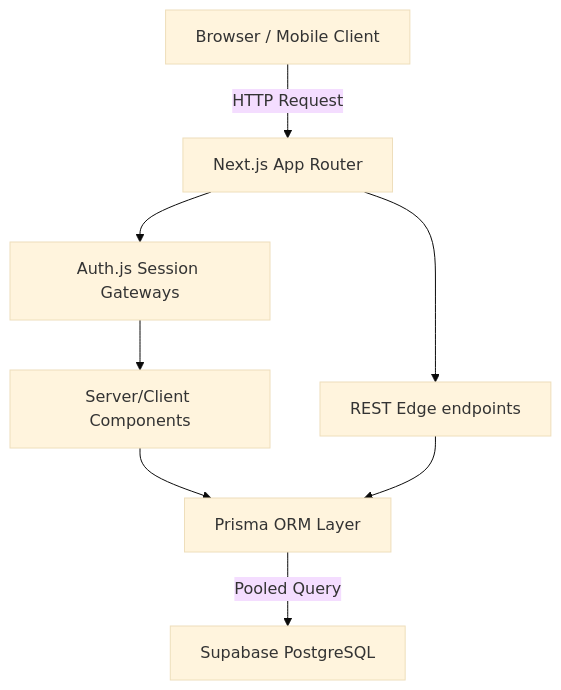
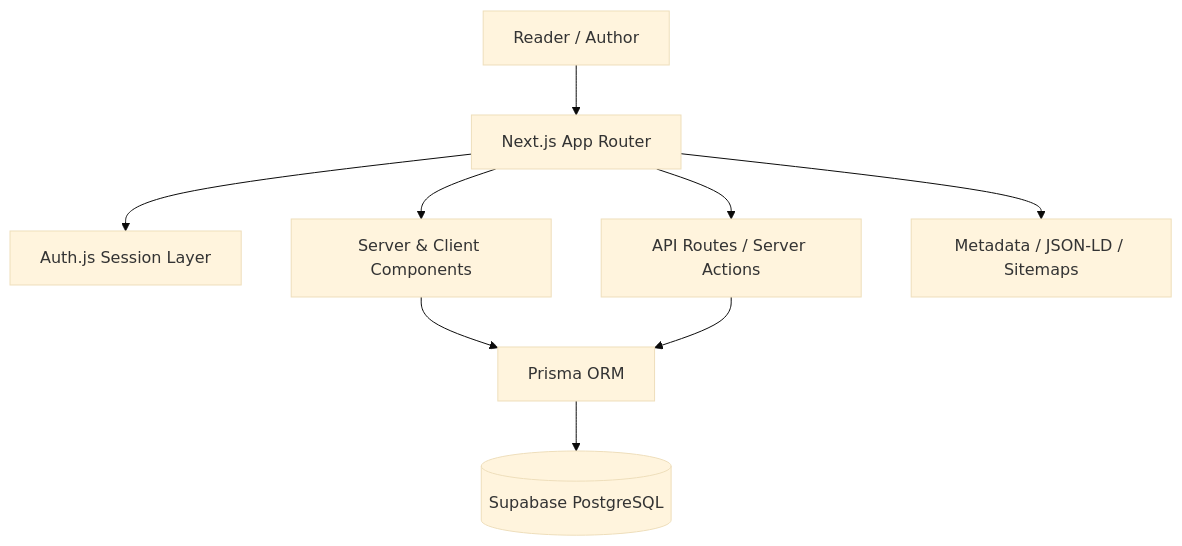
The second of 7 diagrams in README.md (23520904/aurews-seo), drawn with Mermaid (base theme) before and after one commit. The commit also changed other lines of this file, not shown here.

````diff
--- a/README.md
+++ b/README.md
@@ -33,18 +117,11 @@
 ```mermaid
-graph TD
-    Client[Browser / Mobile Client]
-    Router[Next.js App Router]
-    Auth[Auth.js Session Gateways]
-    Pages[Server/Client Components]
-    APIs[REST Edge endpoints]
-    Prisma[Prisma ORM Layer]
-    Supabase[Supabase PostgreSQL]
-
-    Client -->|HTTP Request| Router
-    Router --> Auth
-    Auth --> Pages
-    Router --> APIs
-    Pages --> Prisma
-    APIs --> Prisma
-    Prisma -->|Pooled Query| Supabase
+flowchart TD
+    User[Reader / Author] --> App[Next.js App Router]
+    App --> Auth[Auth.js Session Layer]
+    App --> Pages[Server & Client Components]
+    App --> API[API Routes / Server Actions]
+    Pages --> Prisma[Prisma ORM]
+    API --> Prisma
+    Prisma --> DB[(Supabase PostgreSQL)]
+    App --> SEO[Metadata / JSON-LD / Sitemaps]
 ```
````
